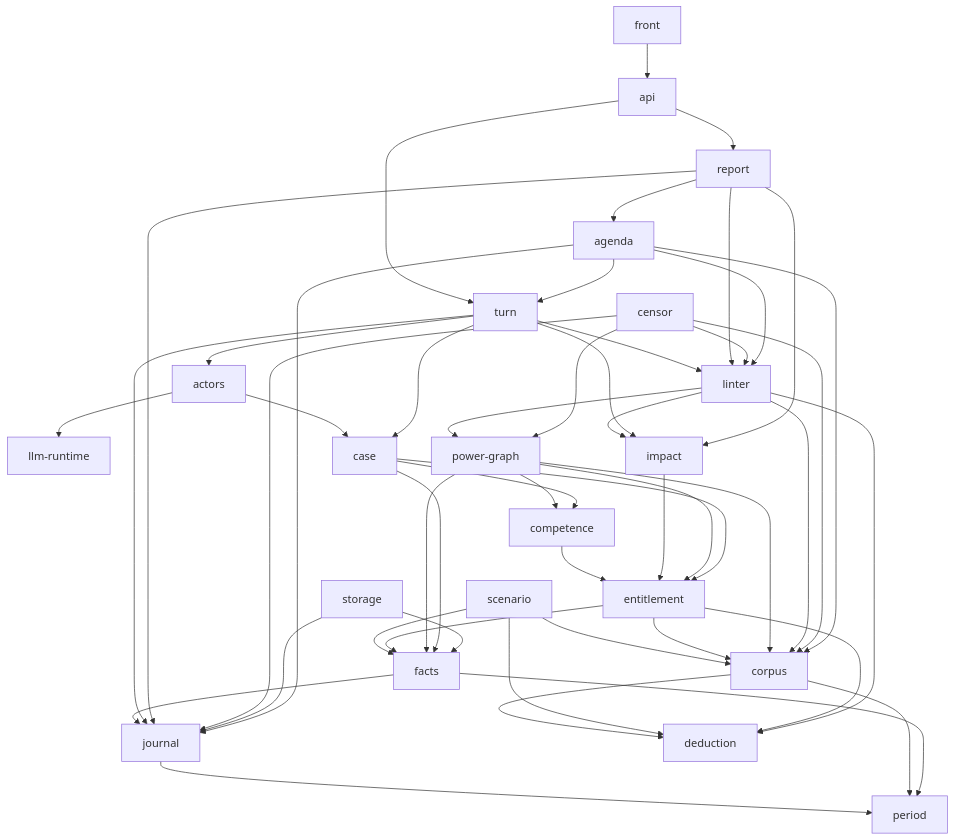
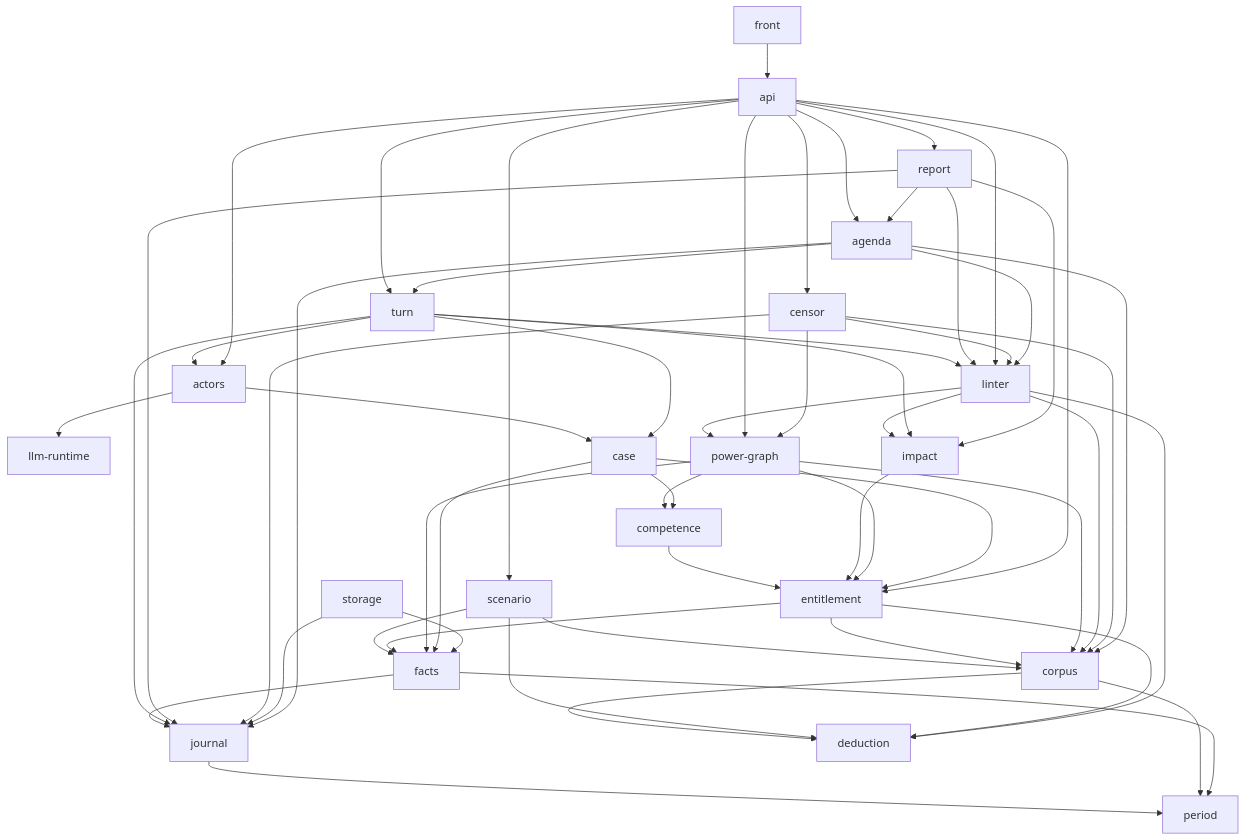
Before and after one commit to heaprip/intercessio: the fourth of 4 diagrams in docs/design/README.md, drawn with Mermaid. The commit also changed 7 other files, not shown here.

````diff
--- a/docs/design/README.md
+++ b/docs/design/README.md
@@ -174,54 +174,61 @@
 ```mermaid
 flowchart TD
   %% components
   llm_runtime[llm-runtime]
   power_graph[power-graph]
   journal --> period
   corpus --> period
   corpus --> deduction
   facts --> period
   facts --> journal
   scenario --> corpus
   scenario --> facts
   scenario --> deduction
   entitlement --> corpus
   entitlement --> facts
   entitlement --> deduction
   competence --> entitlement
   impact --> entitlement
   power_graph --> corpus
   power_graph --> facts
   power_graph --> competence
   power_graph --> entitlement
   linter --> corpus
   linter --> deduction
   linter --> impact
   linter --> power_graph
   case --> competence
   case --> facts
   case --> entitlement
   actors --> case
   actors --> llm_runtime
   turn --> case
   turn --> actors
   turn --> impact
   turn --> linter
   turn --> journal
   report --> journal
   report --> linter
   report --> impact
   api --> turn
   api --> report
+  api --> agenda
+  api --> linter
+  api --> censor
+  api --> power_graph
+  api --> scenario
+  api --> entitlement
+  api --> actors
   front --> api
   censor --> journal
   censor --> corpus
   censor --> power_graph
   censor --> linter
   storage --> facts
   storage --> journal
   agenda --> linter
   agenda --> journal
   agenda --> corpus
   agenda --> turn
   report --> agenda
 ```
````
